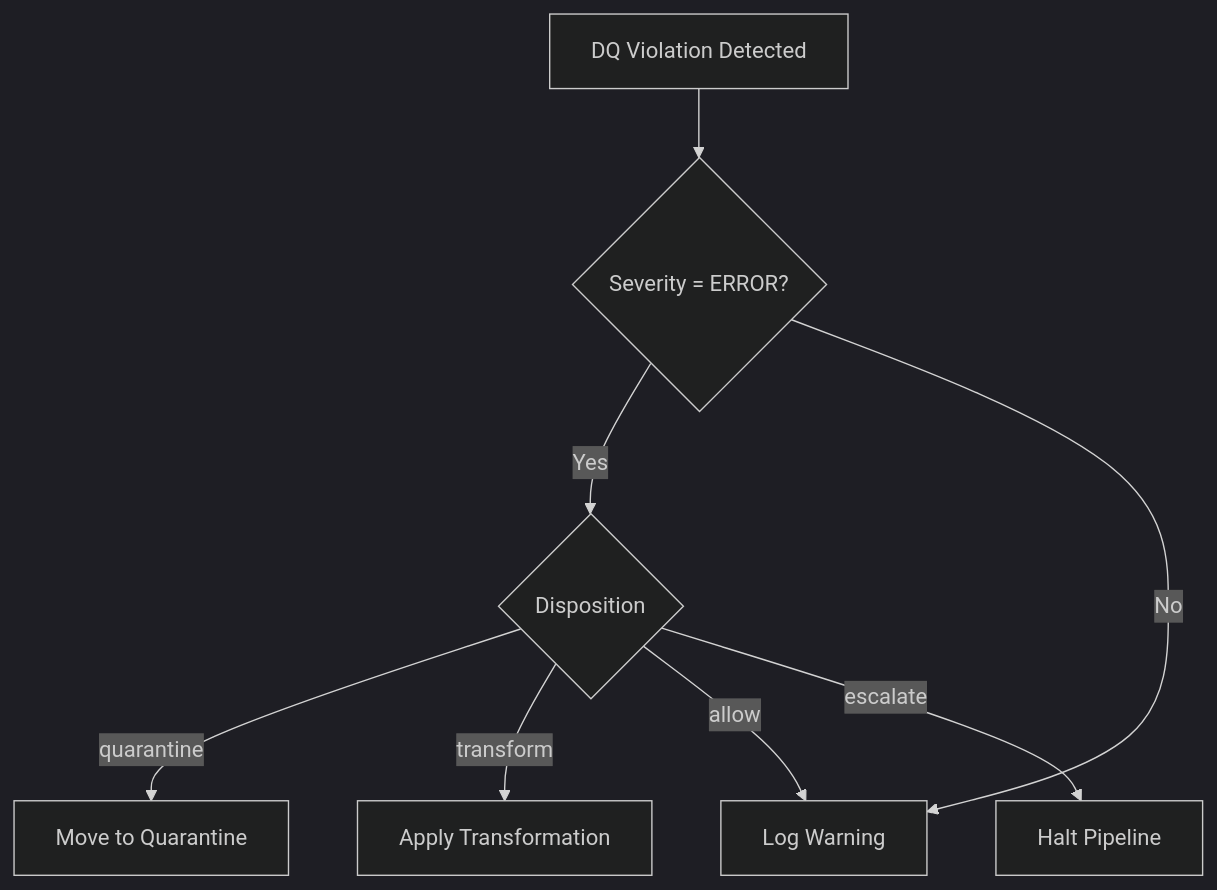
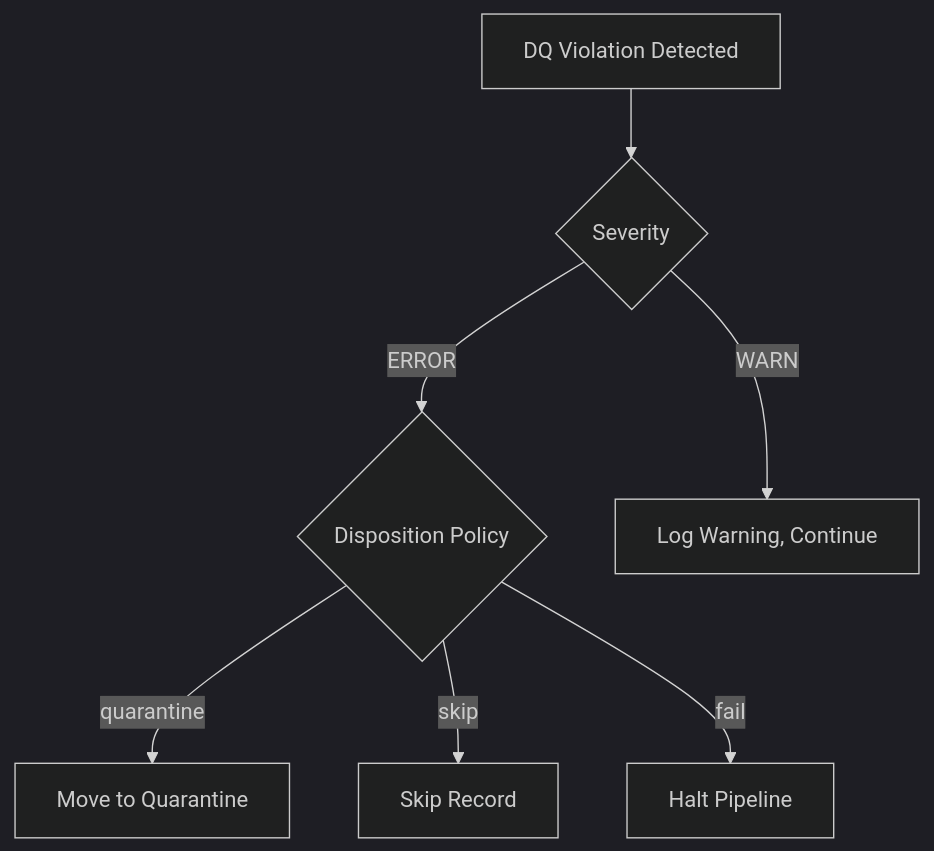
Before and after one commit to SatoryKono/BioactivityDataAcquisition: the diagram in docs/04-reference/contracts/dq-contracts.md, drawn with Mermaid (dark theme). The commit also changed other lines of this file and 100 other files, not shown here.

````diff
--- a/docs/04-reference/contracts/dq-contracts.md
+++ b/docs/04-reference/contracts/dq-contracts.md
@@ -218,10 +222,9 @@
 ```mermaid
 graph TD
-    A[DQ Violation Detected] --> B{Severity = ERROR?}
-    B -->|Yes| C{Disposition}
-    B -->|No| D[Log Warning]
+    A[DQ Violation Detected] --> B{Severity}
+    B -->|ERROR| C{Disposition Policy}
+    B -->|WARN| D[Log Warning, Continue]
     C -->|quarantine| E[Move to Quarantine]
-    C -->|transform| F[Apply Transformation]
-    C -->|allow| D[Log Warning]
-    C -->|escalate| G[Halt Pipeline]
+    C -->|skip| F[Skip Record]
+    C -->|fail| G[Halt Pipeline]
 ```
````
